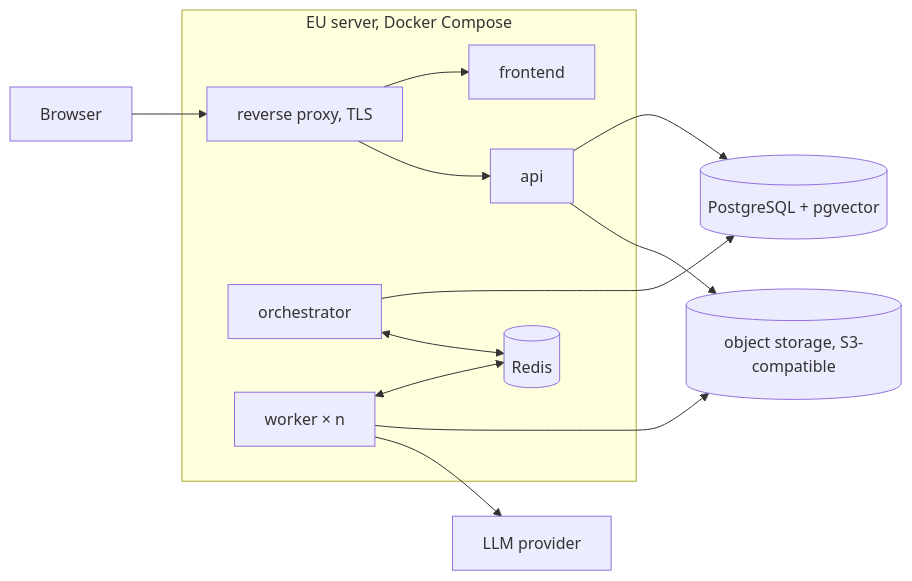
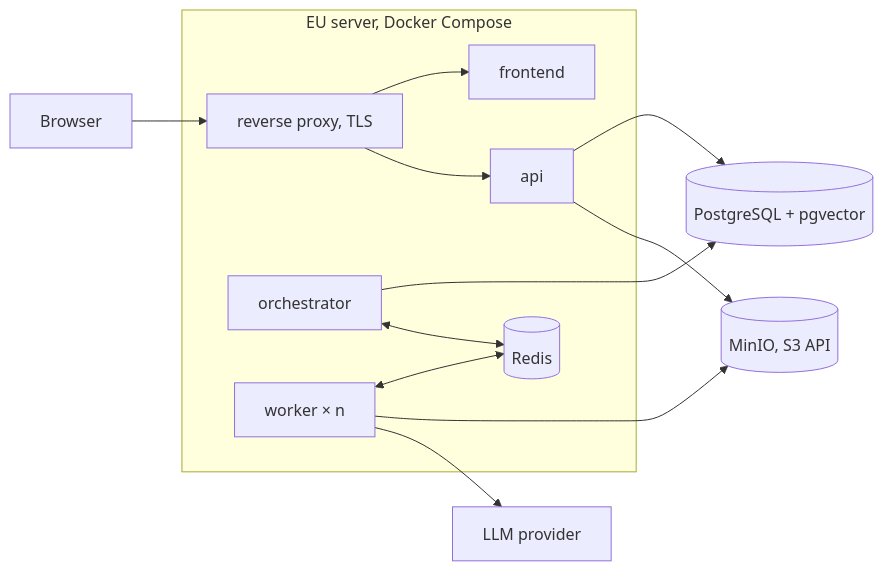
One commit to thomaselmer/sibp-infos changed the fourth of 4 diagrams in docs/Architecture.md. Above: the diagram before and after it, drawn with Mermaid. The commit also changed other lines of this file and 3 other files, not shown here.

Commit message:
architecture A6: MinIO everywhere, plain text behind encryption wrappers

````diff
--- a/docs/Architecture.md
+++ b/docs/Architecture.md
@@ -281,18 +317,18 @@
 ```mermaid
 flowchart LR
   U[Browser] --> RP[reverse proxy, TLS]
   subgraph Server[EU server, Docker Compose]
     RP --> FE[frontend]
     RP --> API[api]
     ORC[orchestrator]
     WRK[worker × n]
     RD[(Redis)]
   end
   API --> DB[(PostgreSQL + pgvector)]
   ORC --> DB
   ORC <--> RD
   WRK <--> RD
-  API --> OS[(object storage, S3-compatible)]
+  API --> OS[(MinIO, S3 API)]
   WRK --> OS
   WRK --> LLM[LLM provider]
 ```
````
